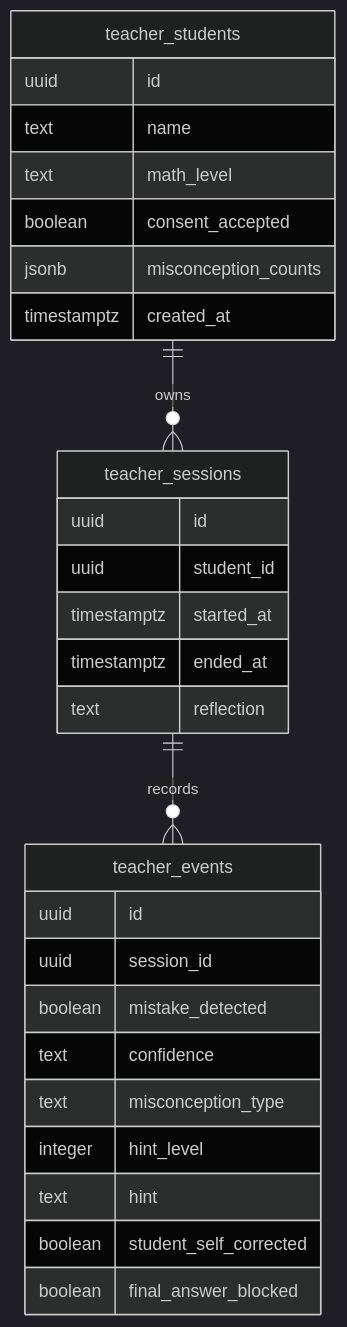
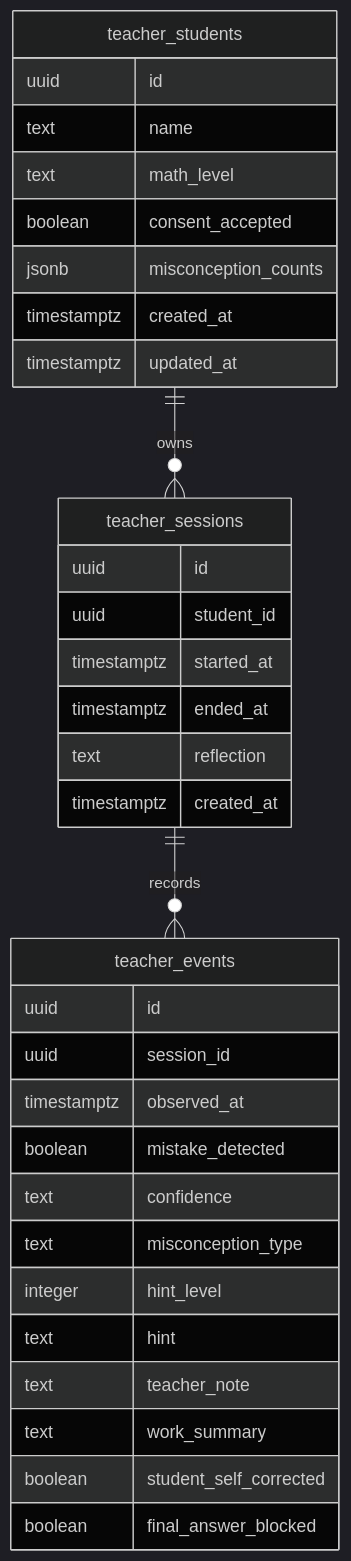
Before and after one commit to vmanukyann/MathTutor: the sixth of 8 diagrams in README.md, drawn with Mermaid (dark theme). The commit also changed other lines of this file and 31 other files, not shown here.

````diff
--- a/README.md
+++ b/README.md
@@ -102,34 +895,39 @@
 ```mermaid
 erDiagram
     teacher_students ||--o{ teacher_sessions : owns
     teacher_sessions ||--o{ teacher_events : records
 
     teacher_students {
         uuid id
         text name
         text math_level
         boolean consent_accepted
         jsonb misconception_counts
         timestamptz created_at
+        timestamptz updated_at
     }
 
     teacher_sessions {
         uuid id
         uuid student_id
         timestamptz started_at
         timestamptz ended_at
         text reflection
+        timestamptz created_at
     }
 
     teacher_events {
         uuid id
         uuid session_id
+        timestamptz observed_at
         boolean mistake_detected
         text confidence
         text misconception_type
         integer hint_level
         text hint
+        text teacher_note
+        text work_summary
         boolean student_self_corrected
         boolean final_answer_blocked
     }
 ```
````
